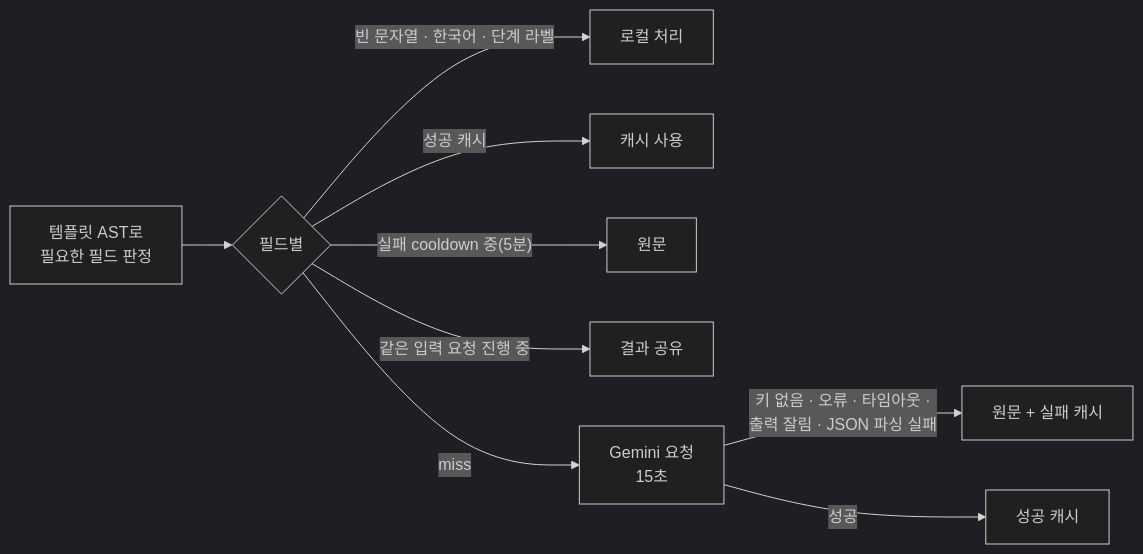
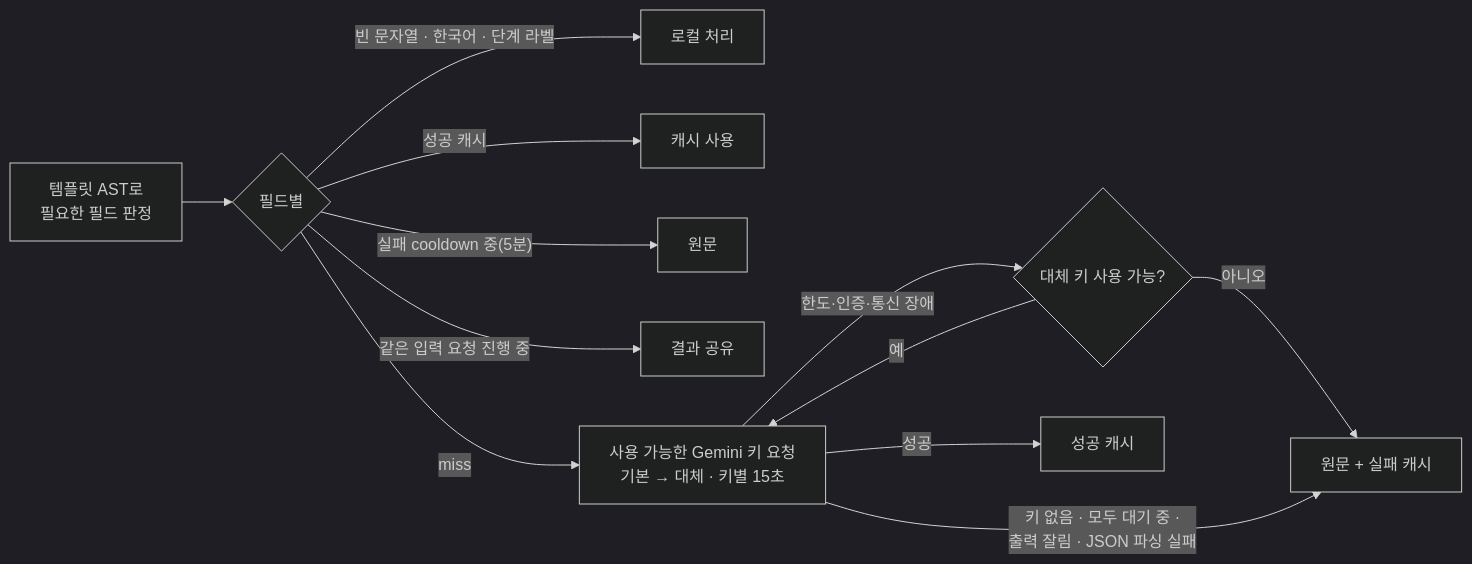
One commit to Genticca/Private-RSS-Delivery changed the eighth of 10 diagrams in Docs/architecture.md. Above: the diagram before and after it, drawn with Mermaid (dark theme). The commit also changed other lines of this file and 47 other files, not shown here.

````diff
--- a/Docs/architecture.md
+++ b/Docs/architecture.md
@@ -287,11 +294,14 @@
 ```mermaid
 flowchart LR
   A["템플릿 AST로<br/>필요한 필드 판정"] --> B{"필드별"}
   B -->|"빈 문자열 · 한국어 · 단계 라벨"| L[로컬 처리]
   B -->|성공 캐시| C[캐시 사용]
   B -->|"실패 cooldown 중(5분)"| O[원문]
   B -->|같은 입력 요청 진행 중| SF[결과 공유]
-  B -->|miss| M["Gemini 요청<br/>15초"]
-  M -->|"키 없음 · 오류 · 타임아웃 ·<br/>출력 잘림 · JSON 파싱 실패"| O2["원문 + 실패 캐시"]
+  B -->|miss| M["사용 가능한 Gemini 키 요청<br/>기본 → 대체 · 키별 15초"]
+  M -->|"한도·인증·통신 장애"| F{"대체 키 사용 가능?"}
+  F -->|예| M
+  F -->|아니오| O2["원문 + 실패 캐시"]
+  M -->|"키 없음 · 모두 대기 중 ·<br/>출력 잘림 · JSON 파싱 실패"| O2
   M -->|성공| S[성공 캐시]
 ```
````
